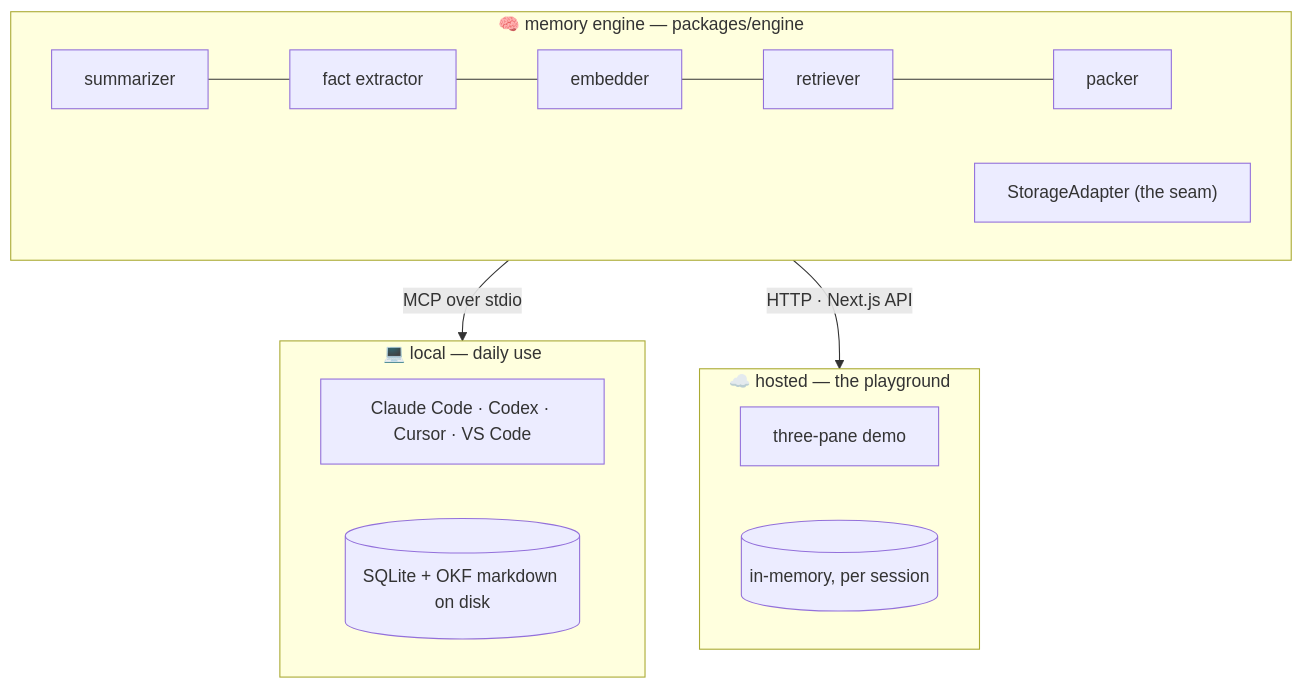
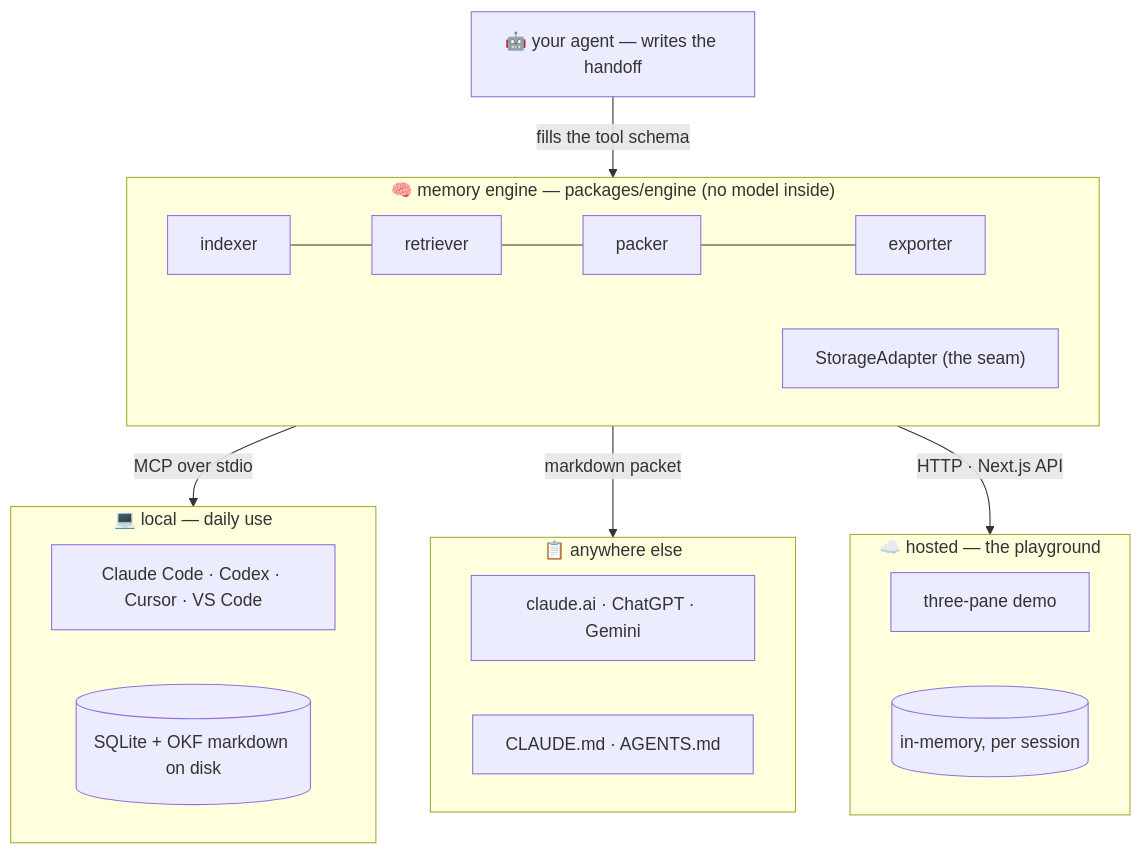
Before and after one commit to maskfool/ctxvault: the diagram in README.md, drawn with Mermaid. The commit also changed other lines of this file and 27 other files, not shown here.

First line of the commit message:
v2: the agent writes the handoff — CtxVault ships no LLM

````diff
--- a/README.md
+++ b/README.md
@@ -246,21 +265,29 @@
 ```mermaid
 flowchart TD
-    subgraph engine["🧠 memory engine — packages/engine"]
+    AG["🤖 your agent — writes the handoff"] -->|fills the tool schema| engine
+
+    subgraph engine["🧠 memory engine — packages/engine (no model inside)"]
         direction LR
-        S[summarizer] --- X[fact extractor] --- E[embedder] --- R[retriever] --- P[packer]
+        I[indexer] --- R[retriever] --- P[packer] --- X[exporter]
         SA["StorageAdapter (the seam)"]
     end
 
     engine -->|MCP over stdio| LOCAL
+    engine -->|markdown packet| PASTE
     engine -->|HTTP · Next.js API| HOSTED
 
     subgraph LOCAL["💻 local — daily use"]
         L1[Claude Code · Codex · Cursor · VS Code]
         L2[(SQLite + OKF markdown on disk)]
     end
 
+    subgraph PASTE["📋 anywhere else"]
+        X1[claude.ai · ChatGPT · Gemini]
+        X2[CLAUDE.md · AGENTS.md]
+    end
+
     subgraph HOSTED["☁️ hosted — the playground"]
         H1[three-pane demo]
         H2[(in-memory, per session)]
     end
 ```
````
